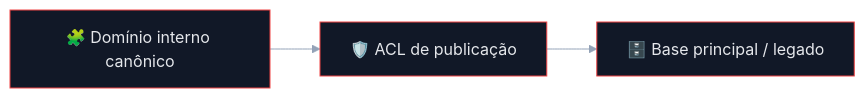
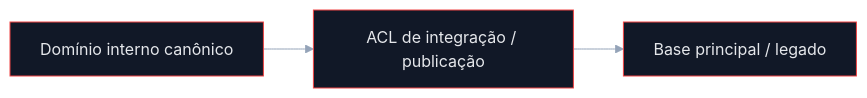
One commit to matheusdiamantino-betalent/IA changed the tenth of 11 diagrams in README.md. Above: the diagram before and after it, drawn with Mermaid. The commit also changed other lines of this file, not shown here.

````diff
--- a/README.md
+++ b/README.md
@@ -1279,19 +1211,19 @@
 ```mermaid
 %%{init: {
   "theme": "base",
   "themeVariables": {
     "background": "#0b1220",
     "primaryColor": "#111827",
     "primaryTextColor": "#e5e7eb",
     "primaryBorderColor": "#ef4444",
     "secondaryColor": "#0f172a",
     "secondaryTextColor": "#e5e7eb",
     "tertiaryColor": "#111827",
     "tertiaryTextColor": "#e5e7eb",
     "lineColor": "#94a3b8"
   }
 }}%%
 flowchart LR
-    A["🧩 Domínio interno canônico"] --> B["🛡️ ACL de publicação"]
-    B --> C["🗄️ Base principal / legado"]
+    A["Domínio interno canônico"] --> B["ACL de integração / publicação"]
+    B --> C["Base principal / legado"]
 ```
````
